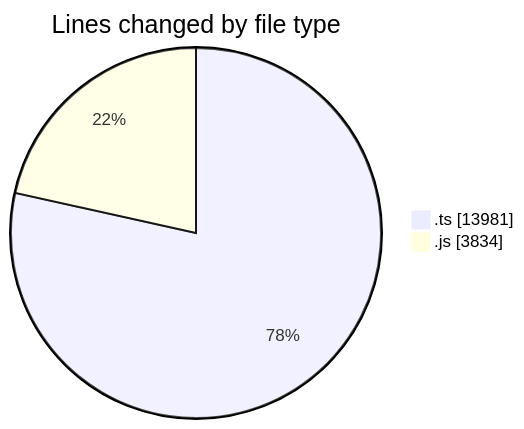
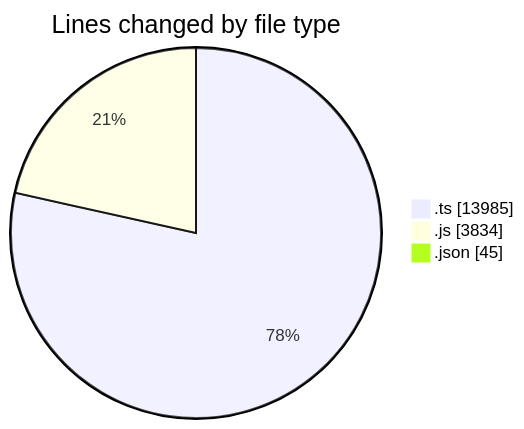
One commit to momahboobian/code-tracking changed the first of 2 diagrams in 2025-07-29/cda/README.md. Above: the diagram before and after it, drawn with Mermaid. The commit also changed other lines of this file and 1 other file, not shown here.

````diff
--- a/2025-07-29/cda/README.md
+++ b/2025-07-29/cda/README.md
@@ -25,6 +26,7 @@
 ```mermaid
 pie showData
 title Lines changed by file type
-".ts" : 13981
+".ts" : 13985
 ".js" : 3834
+".json" : 45
 ```
````
